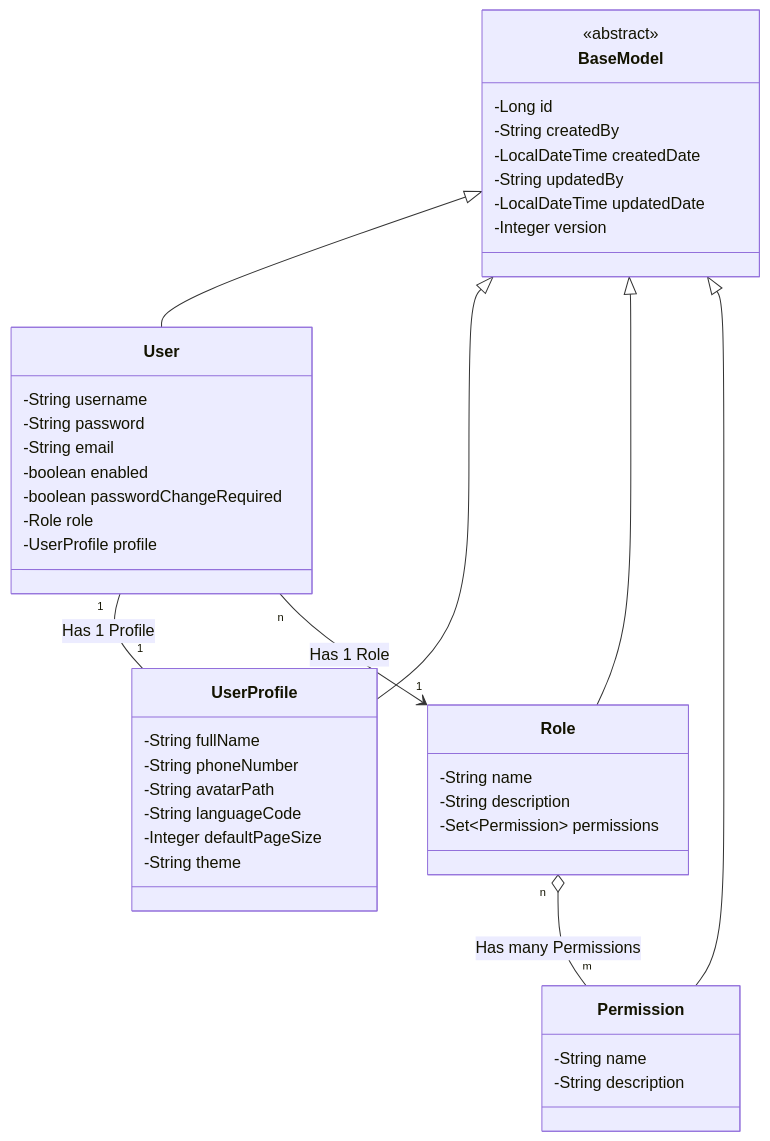
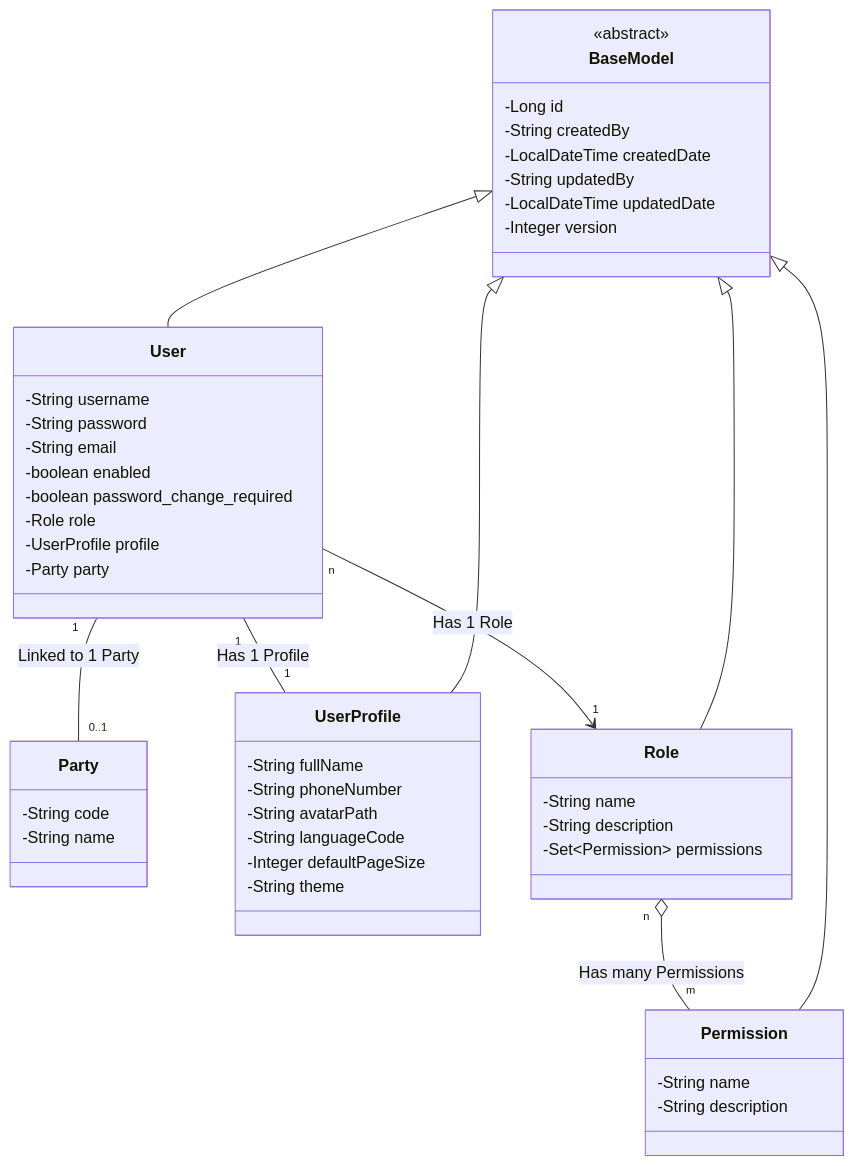
Before and after one commit to quenzvezda/solusi-erp: the diagram in docs/architecture/security-class-diagram.md, drawn with Mermaid. The commit also changed other lines of this file and 37 other files, not shown here.

First line of the commit message:
feat(security/ui): integrate user-party relationship and modernize UX with dynamic themes & AJAX forms (#8)

````diff
--- a/docs/architecture/security-class-diagram.md
+++ b/docs/architecture/security-class-diagram.md
@@ -7,51 +7,59 @@
 ```mermaid
 classDiagram
     class BaseModel {
         <<abstract>>
         -Long id
         -String createdBy
         -LocalDateTime createdDate
         -String updatedBy
         -LocalDateTime updatedDate
         -Integer version
     }
 
     class User {
         -String username
         -String password
         -String email
         -boolean enabled
-        -boolean passwordChangeRequired
+        -boolean password_change_required
         -Role role
         -UserProfile profile
+        -Party party
+    }
+
+    class Party {
+        -String code
+        -String name
     }
 
     class UserProfile {
+
         -String fullName
         -String phoneNumber
         -String avatarPath
         -String languageCode
         -Integer defaultPageSize
         -String theme
     }
 
     class Role {
         -String name
         -String description
         -Set~Permission~ permissions
     }
 
     class Permission {
         -String name
         -String description
     }
 
     BaseModel <|-- User
     BaseModel <|-- UserProfile
     BaseModel <|-- Role
     BaseModel <|-- Permission
 
     User "1" -- "1" UserProfile : Has 1 Profile
+    User "1" -- "0..1" Party : Linked to 1 Party
     User "n" --> "1" Role : Has 1 Role
     Role "n" o-- "m" Permission : Has many Permissions
 ```
````
